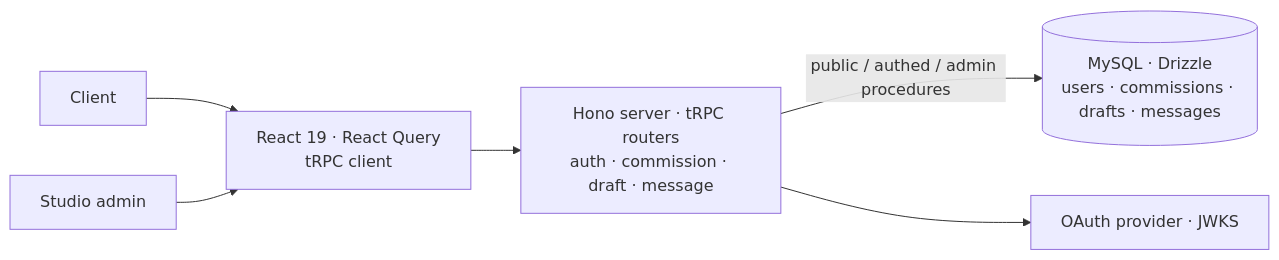
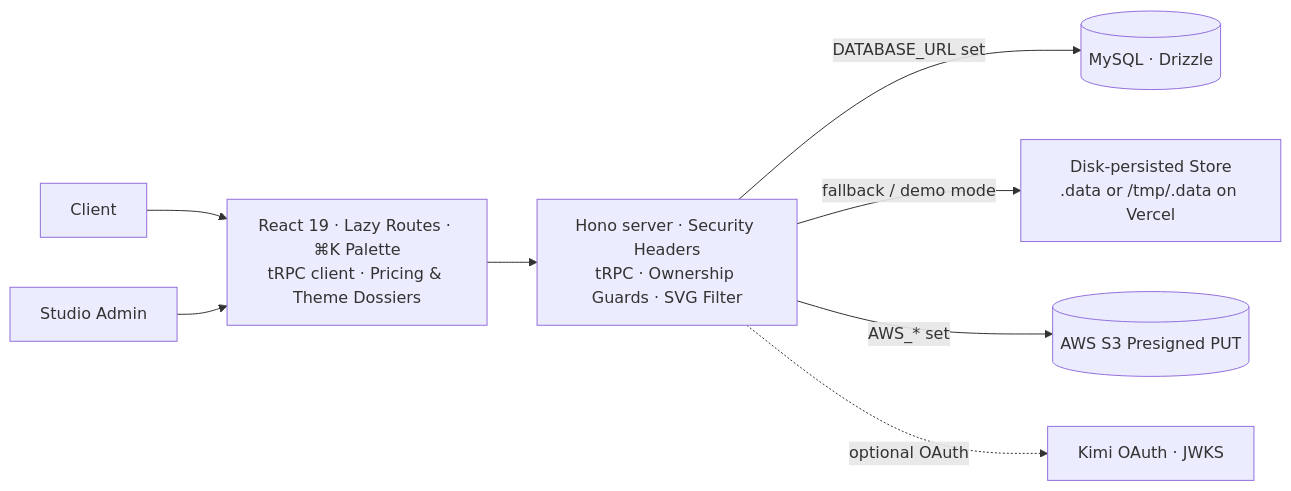
Before and after one commit to kutluhangil/EditorialCommissionDesk: the diagram in README.md, drawn with Mermaid. The commit also changed other lines of this file and 68 other files, not shown here.

Commit message:
feat: complete white-label studio platform, themes, security hardening, and subpages

````diff
--- a/README.md
+++ b/README.md
@@ -44,8 +46,10 @@
 ```mermaid
 flowchart LR
-  C[Client] --> UI[React 19 · React Query<br/>tRPC client]
-  S[Studio admin] --> UI
-  UI --> API[Hono server · tRPC routers<br/>auth · commission · draft · message]
-  API -- public / authed / admin procedures --> DB[(MySQL · Drizzle<br/>users · commissions · drafts · messages)]
-  API --> OA[OAuth provider · JWKS]
+  C[Client] --> UI[React 19 · Lazy Routes · ⌘K Palette<br/>tRPC client · Pricing & Theme Dossiers]
+  S[Studio Admin] --> UI
+  UI --> API[Hono server · Security Headers<br/>tRPC · Ownership Guards · SVG Filter]
+  API -- DATABASE_URL set --> DB[(MySQL · Drizzle)]
+  API -- fallback / demo mode --> MEM[Disk-persisted Store<br/>.data or /tmp/.data on Vercel]
+  API -- AWS_* set --> S3[(AWS S3 Presigned PUT)]
+  API -. optional OAuth .-> OA[Kimi OAuth · JWKS]
 ```
````
